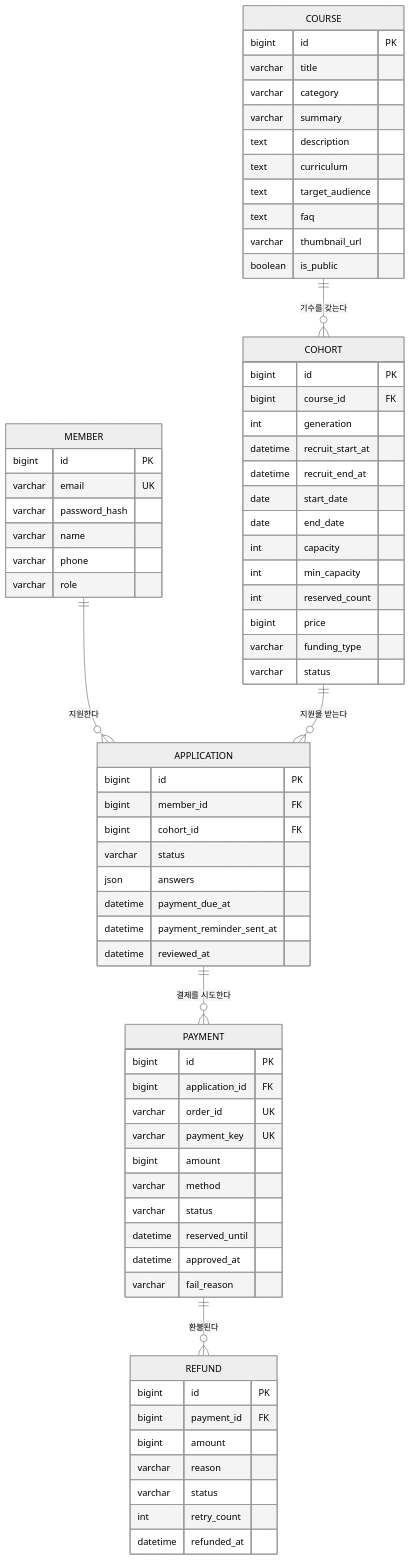
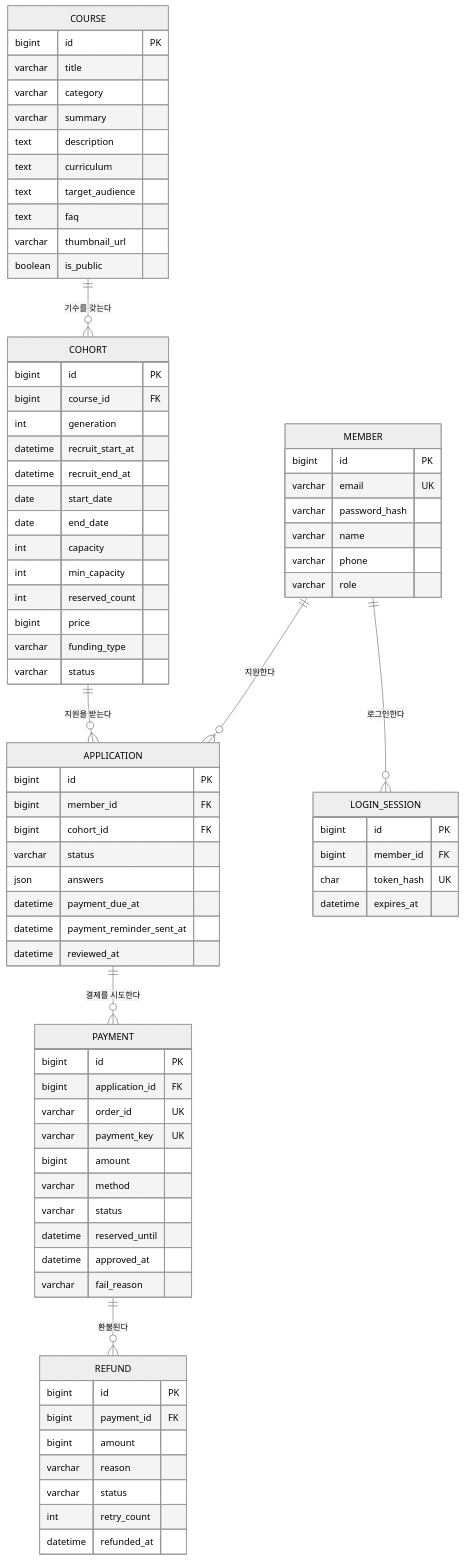
One commit to HkSoon1004/Personal-Project-1 changed the diagram in docs/erd.md. Above: the diagram before and after it, drawn with Mermaid (neutral theme). The commit also changed other lines of this file and 4 other files, not shown here.

````diff
--- a/docs/erd.md
+++ b/docs/erd.md
@@ -11,75 +11,82 @@
 ```mermaid
 erDiagram
     MEMBER ||--o{ APPLICATION : "지원한다"
+    MEMBER ||--o{ LOGIN_SESSION : "로그인한다"
     COURSE ||--o{ COHORT : "기수를 갖는다"
     COHORT ||--o{ APPLICATION : "지원을 받는다"
     APPLICATION ||--o{ PAYMENT : "결제를 시도한다"
     PAYMENT ||--o{ REFUND : "환불된다"
 
     MEMBER {
         bigint id PK
         varchar email UK
         varchar password_hash
         varchar name
         varchar phone
         varchar role
     }
     COURSE {
         bigint id PK
         varchar title
         varchar category
         varchar summary
         text description
         text curriculum
         text target_audience
         text faq
         varchar thumbnail_url
         boolean is_public
     }
     COHORT {
         bigint id PK
         bigint course_id FK
         int generation
         datetime recruit_start_at
         datetime recruit_end_at
         date start_date
         date end_date
         int capacity
         int min_capacity
         int reserved_count
         bigint price
         varchar funding_type
         varchar status
     }
     APPLICATION {
         bigint id PK
         bigint member_id FK
         bigint cohort_id FK
         varchar status
         json answers
         datetime payment_due_at
         datetime payment_reminder_sent_at
         datetime reviewed_at
     }
     PAYMENT {
         bigint id PK
         bigint application_id FK
         varchar order_id UK
         varchar payment_key UK
         bigint amount
         varchar method
         varchar status
         datetime reserved_until
         datetime approved_at
         varchar fail_reason
     }
     REFUND {
         bigint id PK
         bigint payment_id FK
         bigint amount
         varchar reason
         varchar status
         int retry_count
         datetime refunded_at
     }
+    LOGIN_SESSION {
+        bigint id PK
+        bigint member_id FK
+        char token_hash UK
+        datetime expires_at
+    }
 ```
````
